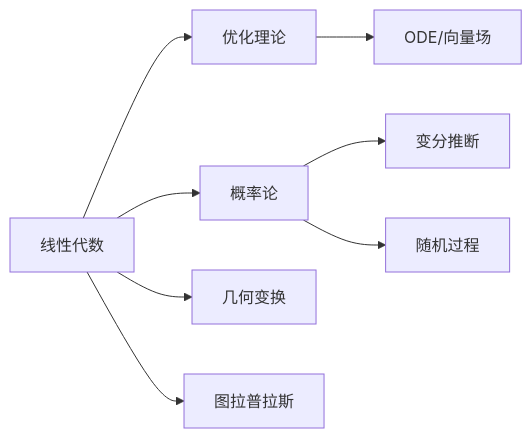
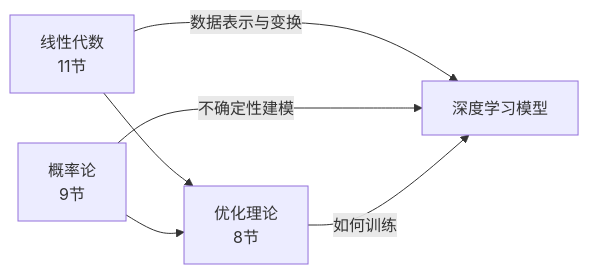
One commit to Yaoyaolingbro/hello-dl changed the diagram in docs/01-math/index.md. Above: the diagram before and after it, drawn with Mermaid. The commit also changed other lines of this file and 7 other files, not shown here.

````diff
--- a/docs/01-math/index.md
+++ b/docs/01-math/index.md
@@ -9,10 +9,8 @@
 ```mermaid
 graph LR
-    LA[线性代数] --> OPT[优化理论]
-    LA --> P[概率论]
-    P --> VI[变分推断]
-    P --> SP[随机过程]
-    LA --> GT[几何变换]
-    LA --> GL[图拉普拉斯]
-    OPT --> ODE[ODE/向量场]
+    LA[线性代数\n11节] -->|数据表示与变换| DL[深度学习模型]
+    P[概率论\n9节] -->|不确定性建模| DL
+    OPT[优化理论\n8节] -->|如何训练| DL
+    LA --> OPT
+    P --> OPT
 ```
````
